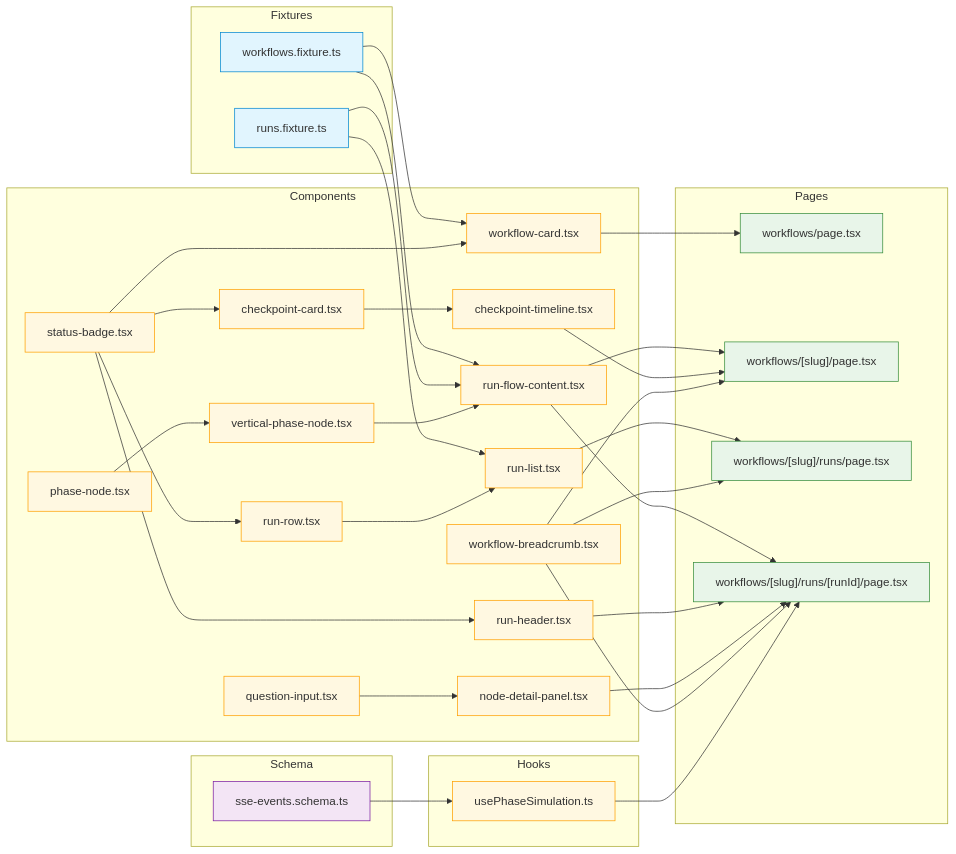
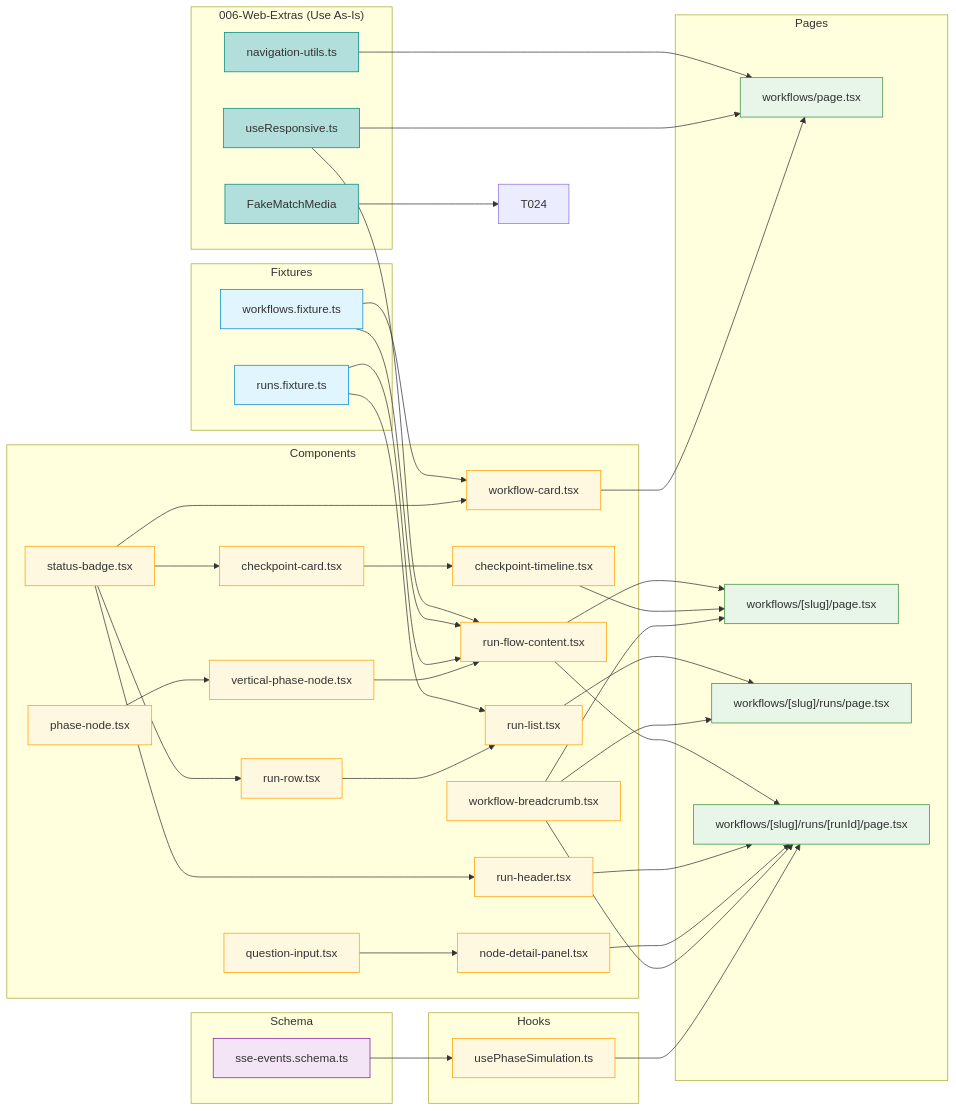
The first of 3 diagrams in docs/plans/011-ui-mocks/tasks/phase-1-implementation/tasks.md (AI-Substrate/chainglass), drawn with Mermaid before and after one commit. The commit also changed other lines of this file and 38 other files, not shown here.

````diff
--- a/docs/plans/011-ui-mocks/tasks/phase-1-implementation/tasks.md
+++ b/docs/plans/011-ui-mocks/tasks/phase-1-implementation/tasks.md
@@ -168,70 +235,81 @@
 ```mermaid
 flowchart LR
     classDef pending fill:#9E9E9E,stroke:#757575,color:#fff
     classDef fixture fill:#E1F5FE,stroke:#0288D1
     classDef component fill:#FFF8E1,stroke:#FFA000
     classDef page fill:#E8F5E9,stroke:#388E3C
     classDef schema fill:#F3E5F5,stroke:#7B1FA2
+    classDef external fill:#B2DFDB,stroke:#00897B
+
+    subgraph External["006-Web-Extras (Use As-Is)"]
+        E_NAV["navigation-utils.ts"]:::external
+        E_RESP["useResponsive.ts"]:::external
+        E_FMM["FakeMatchMedia"]:::external
+    end
 
     subgraph Fixtures
         F_WF["workflows.fixture.ts"]:::fixture
         F_RUN["runs.fixture.ts"]:::fixture
     end
 
     subgraph Schema
         S_SSE["sse-events.schema.ts"]:::schema
     end
 
     subgraph Components
         C_VPN["vertical-phase-node.tsx"]:::component
         C_RFC["run-flow-content.tsx"]:::component
         C_SB["status-badge.tsx"]:::component
         C_WC["workflow-card.tsx"]:::component
         C_RR["run-row.tsx"]:::component
         C_RL["run-list.tsx"]:::component
         C_QI["question-input.tsx"]:::component
         C_NDP["node-detail-panel.tsx"]:::component
         C_RH["run-header.tsx"]:::component
         C_CC["checkpoint-card.tsx"]:::component
         C_CT["checkpoint-timeline.tsx"]:::component
         C_BC["workflow-breadcrumb.tsx"]:::component
         C_PN["phase-node.tsx"]:::component
     end
 
     subgraph Hooks
         H_PS["usePhaseSimulation.ts"]:::component
     end
 
     subgraph Pages
         P_WL["workflows/page.tsx"]:::page
         P_WD["workflows/[slug]/page.tsx"]:::page
         P_RL["workflows/[slug]/runs/page.tsx"]:::page
         P_RD["workflows/[slug]/runs/[runId]/page.tsx"]:::page
     end
 
+    E_NAV --> P_WL
+    E_RESP --> C_RFC
+    E_RESP --> P_WL
+    E_FMM --> T024
     F_WF --> C_WC
     F_WF --> C_RFC
     F_RUN --> C_RFC
     F_RUN --> C_RL
     C_PN --> C_VPN
     C_VPN --> C_RFC
     C_SB --> C_WC
     C_SB --> C_RR
     C_SB --> C_RH
     C_SB --> C_CC
     C_RR --> C_RL
     C_QI --> C_NDP
     C_CC --> C_CT
     C_WC --> P_WL
     C_RFC --> P_WD
     C_RFC --> P_RD
     C_RL --> P_RL
     C_CT --> P_WD
     C_RH --> P_RD
     C_NDP --> P_RD
     C_BC --> P_WD
     C_BC --> P_RL
     C_BC --> P_RD
     S_SSE --> H_PS
     H_PS --> P_RD
 ```
````
